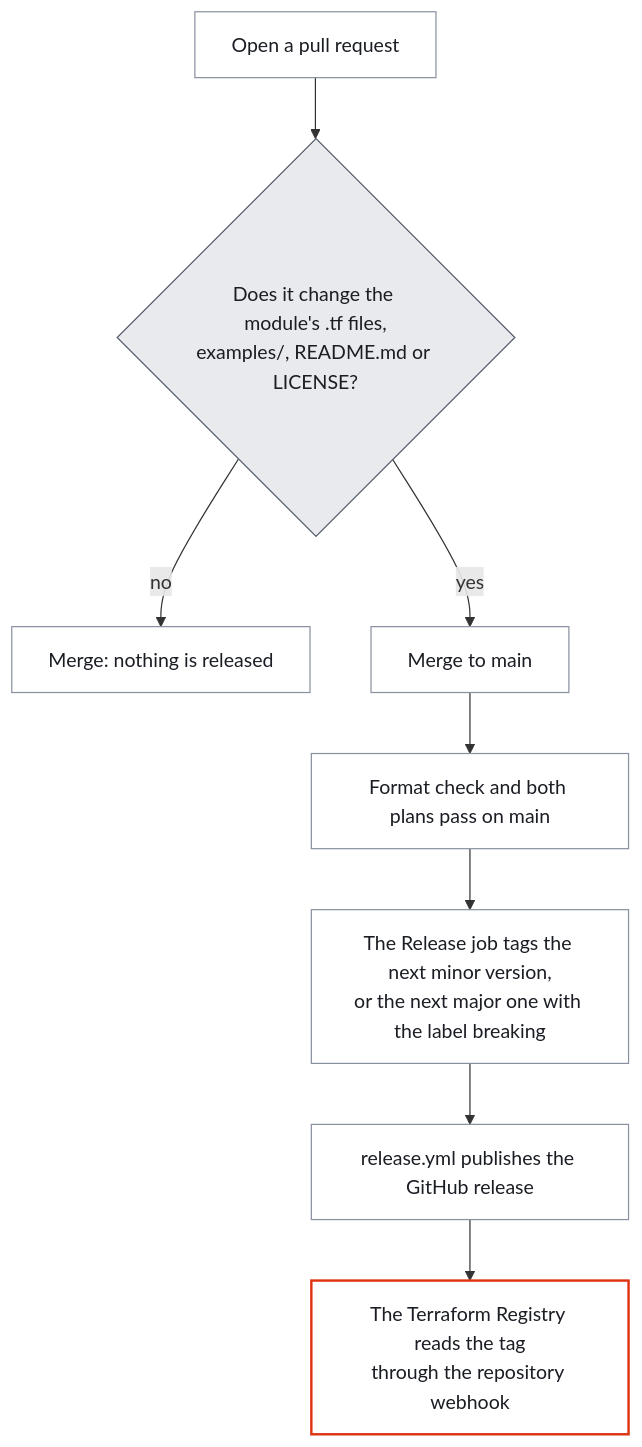
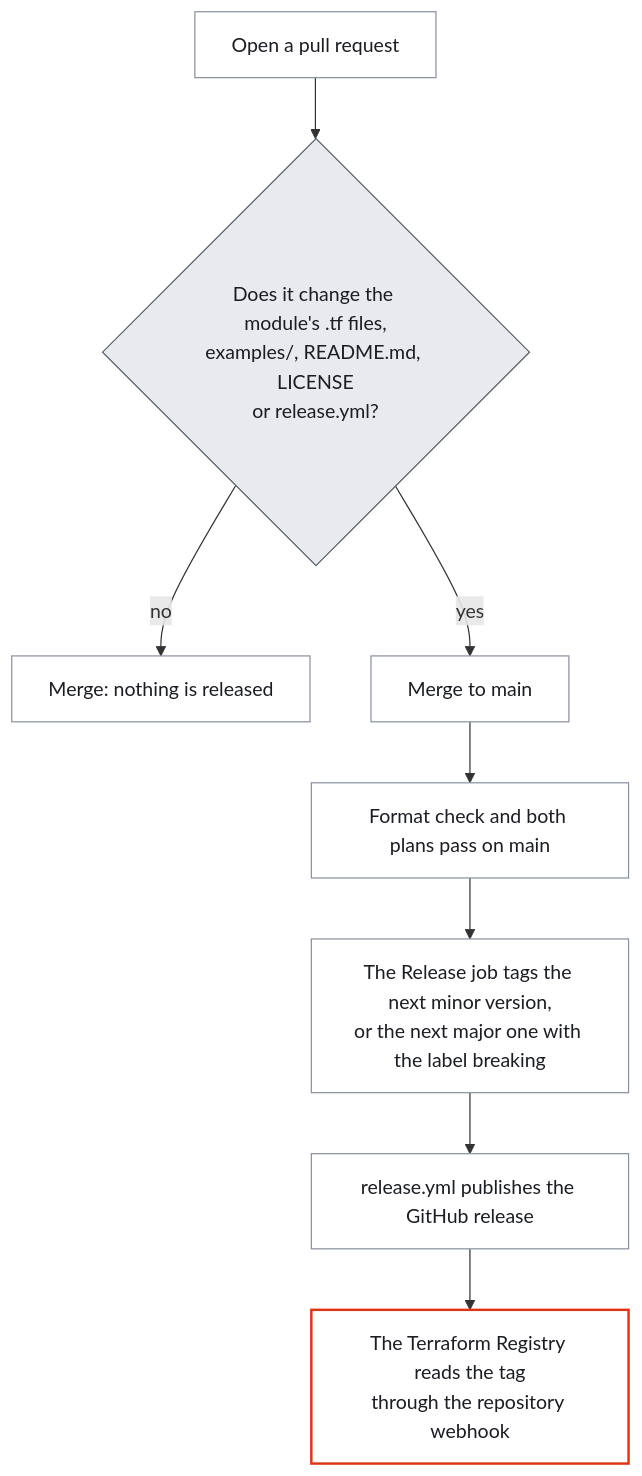
Before and after one commit to agusgonzaleznic/terraform-aws-s3-bucket: the second of 2 diagrams in README.md, drawn with Mermaid. The commit also changed other lines of this file, not shown here.

Commit message:
Name release.yml in the release diagram and date the provider run
release.yml is a release path, so a change to it alone releases a version too. The diagram's
question now lists it. "The last run on main" stops being true at the next run, so the sentence
names the run by its date.

````diff
--- a/README.md
+++ b/README.md
@@ -262,16 +262,16 @@
 ```mermaid
 flowchart TD
-    A["Open a pull request"] --> B{"Does it change the module's .tf files,<br/>examples/, README.md or LICENSE?"}
+    A["Open a pull request"] --> B{"Does it change the module's .tf files,<br/>examples/, README.md, LICENSE<br/>or release.yml?"}
     B -->|no| C["Merge: nothing is released"]
     B -->|yes| D["Merge to main"]
     D --> E["Format check and both plans pass on main"]
     E --> F["The Release job tags the next minor version,<br/>or the next major one with the label breaking"]
     F --> G["release.yml publishes the GitHub release"]
     G --> H["The Terraform Registry reads the tag<br/>through the repository webhook"]
 
     classDef default fill:#FFFFFF,stroke:#89909F,color:#1A1D23
     classDef decide fill:#E9EAED,stroke:#555D6D,color:#1A1D23
     classDef outcome fill:#FFFFFF,stroke:#DE3412,stroke-width:2px,color:#1A1D23
     class B decide
     class H outcome
 ```
````
